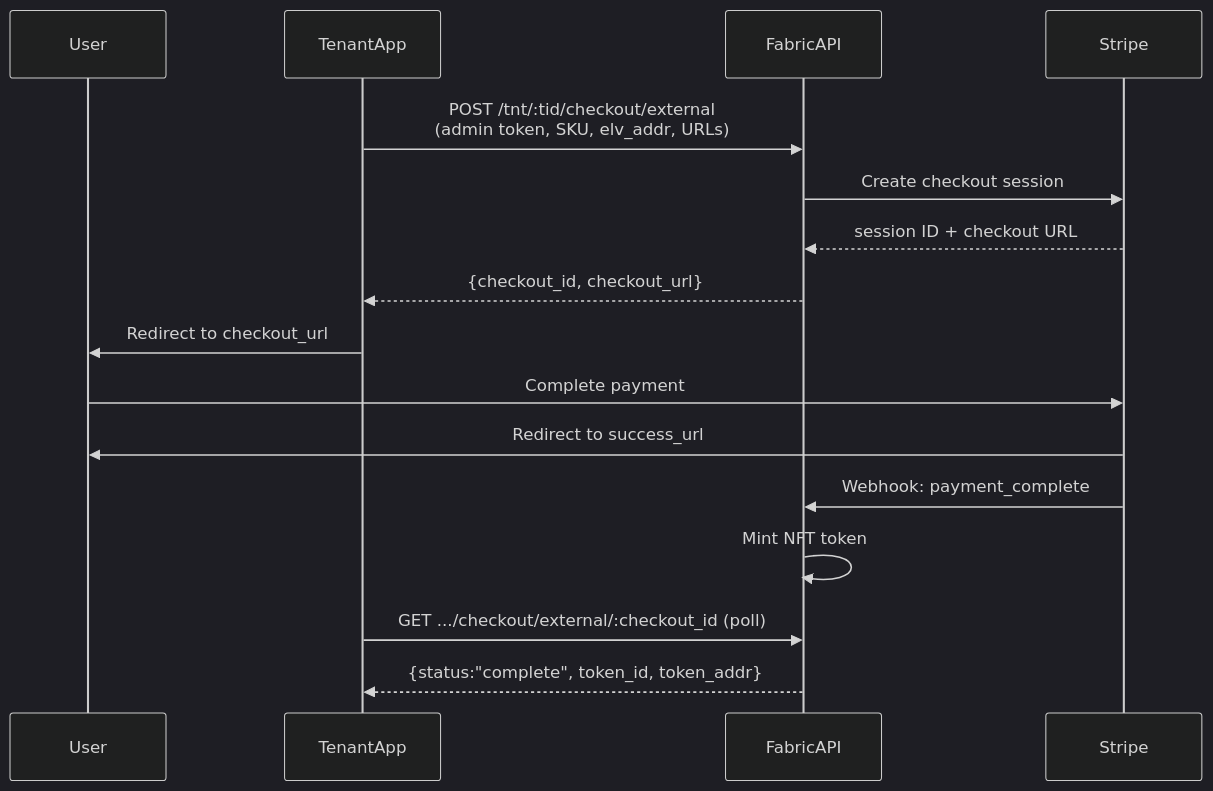
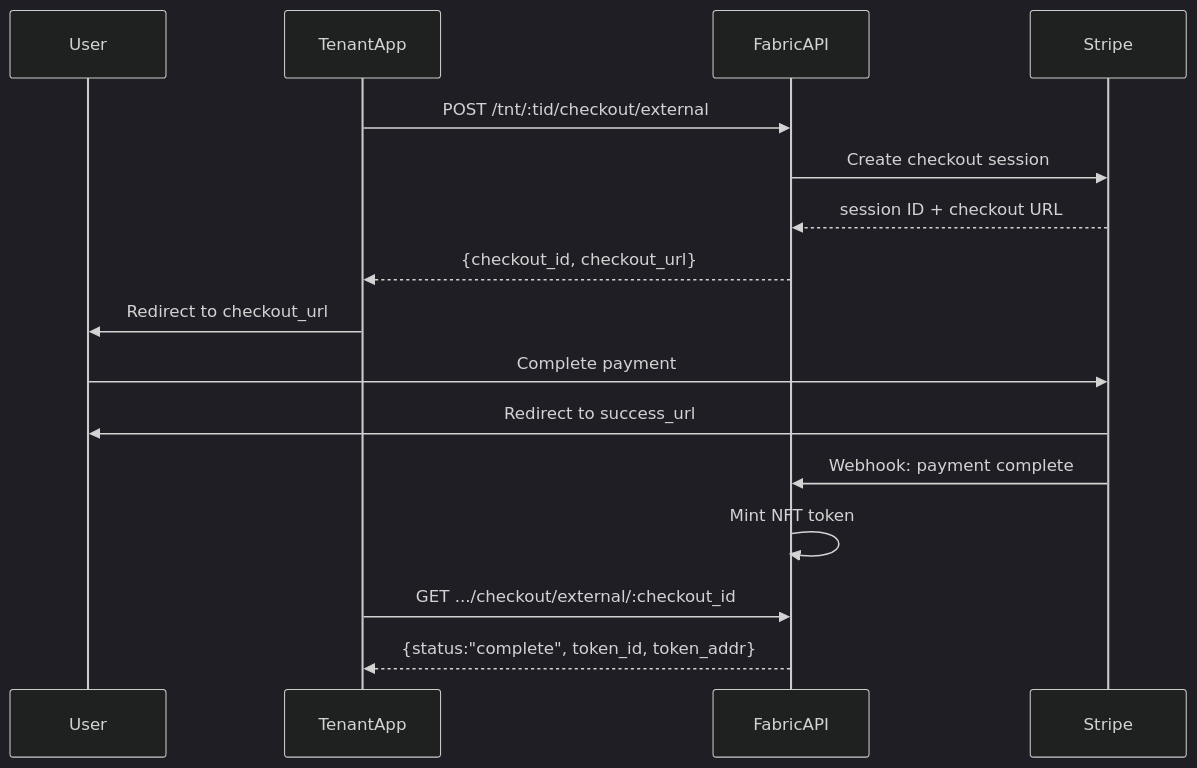
Before and after one commit to eluv-io/elv-docs: the diagram in media-wallet/purchase/hosted-checkout/README.md, drawn with Mermaid (dark theme). The commit also changed other lines of this file and 2 other files, not shown here.

````diff
--- a/media-wallet/purchase/hosted-checkout/README.md
+++ b/media-wallet/purchase/hosted-checkout/README.md
@@ -11,19 +11,19 @@
 ```mermaid
 sequenceDiagram
     participant User
     participant TenantApp
     participant FabricAPI
     participant Stripe
 
-    TenantApp->>FabricAPI: POST /tnt/:tid/checkout/external<br/>(admin token, SKU, elv_addr, URLs)
+    TenantApp->>FabricAPI: POST /tnt/:tid/checkout/external
     FabricAPI->>Stripe: Create checkout session
     Stripe-->>FabricAPI: session ID + checkout URL
     FabricAPI-->>TenantApp: {checkout_id, checkout_url}
     TenantApp->>User: Redirect to checkout_url
     User->>Stripe: Complete payment
     Stripe->>User: Redirect to success_url
-    Stripe->>FabricAPI: Webhook: payment_complete
+    Stripe->>FabricAPI: Webhook: payment complete
     FabricAPI->>FabricAPI: Mint NFT token
-    TenantApp->>FabricAPI: GET .../checkout/external/:checkout_id (poll)
+    TenantApp->>FabricAPI: GET .../checkout/external/:checkout_id
     FabricAPI-->>TenantApp: {status:"complete", token_id, token_addr}
 ```
````
